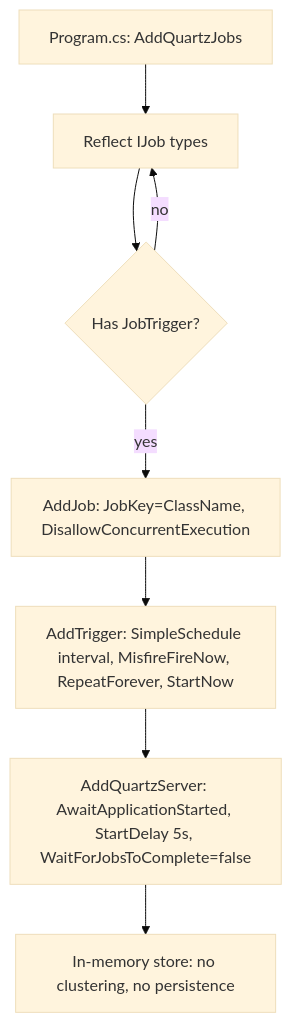
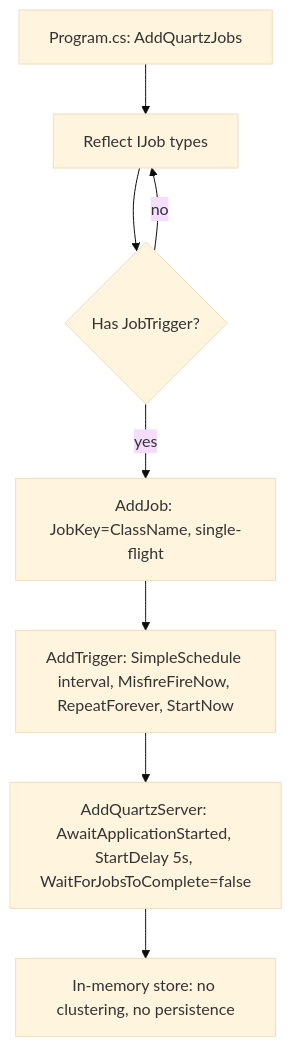
One commit to bvdcode/cotton changed the diagram in docs/technical/15-background-jobs.md. Above: the diagram before and after it, drawn with Mermaid (base theme). The commit also changed other lines of this file and 9 other files, not shown here.

````diff
--- a/docs/technical/15-background-jobs.md
+++ b/docs/technical/15-background-jobs.md
@@ -75,10 +75,10 @@
 ```mermaid
 flowchart TD
     A[Program.cs: AddQuartzJobs] --> B[Reflect IJob types]
     B --> C{Has JobTrigger?}
     C -- no --> B
-    C -- yes --> D[AddJob: JobKey=ClassName, DisallowConcurrentExecution]
+    C -- yes --> D[AddJob: JobKey=ClassName, single-flight]
     D --> E[AddTrigger: SimpleSchedule interval, MisfireFireNow, RepeatForever, StartNow]
     E --> F[AddQuartzServer: AwaitApplicationStarted, StartDelay 5s, WaitForJobsToComplete=false]
     F --> G[In-memory store: no clustering, no persistence]
 ```
````
